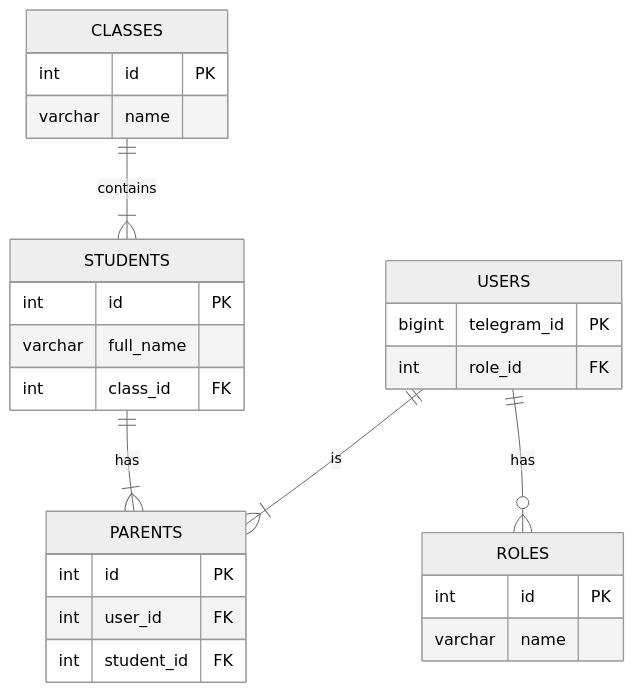
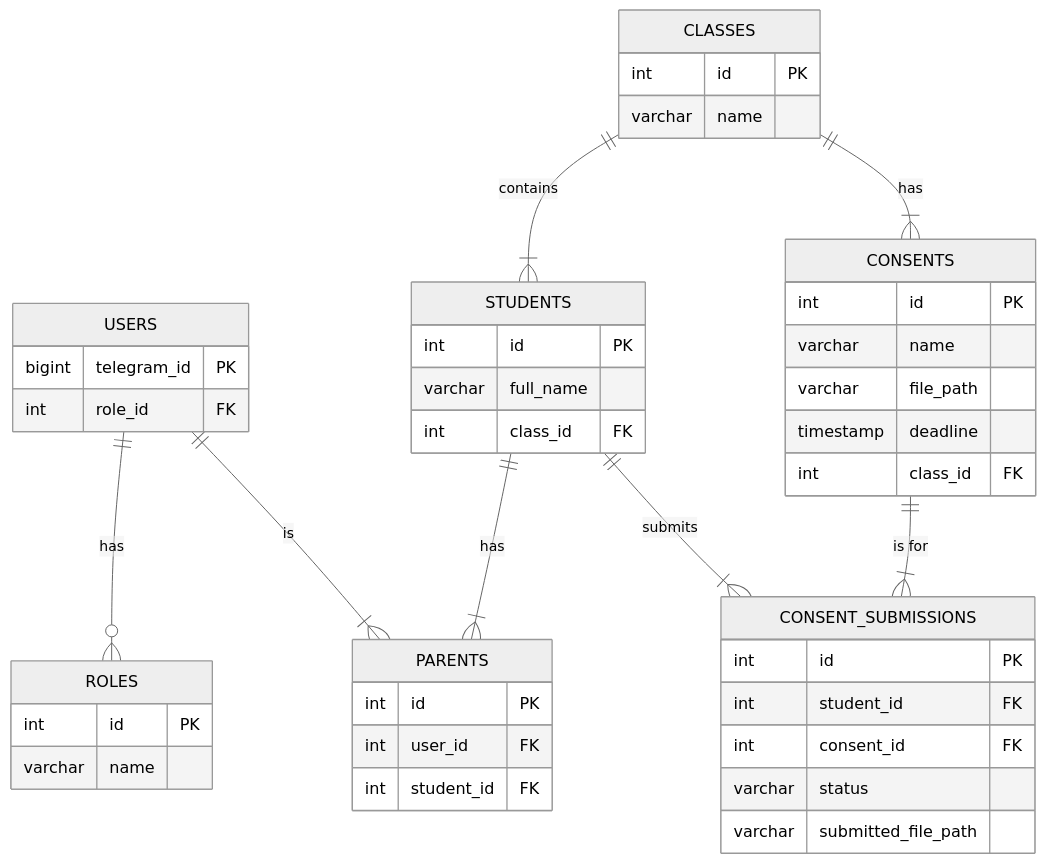
Before and after one commit to Bosin1337/ConsentPro: the diagram in docs/DB_SCHEMA.md, drawn with Mermaid (neutral theme). The commit also changed other lines of this file and 1 other file, not shown here.

Commit message:
Add consent tables to DB schema and init.sql for Stage 2.1

````diff
--- a/docs/DB_SCHEMA.md
+++ b/docs/DB_SCHEMA.md
@@ -5,29 +5,46 @@
 ```mermaid
 erDiagram
     USERS ||--o{ ROLES : "has"
     USERS {
         bigint telegram_id PK
         int role_id FK
     }
     ROLES {
         int id PK
         varchar name
     }
     CLASSES ||--|{ STUDENTS : "contains"
     CLASSES {
         int id PK
         varchar name
     }
     STUDENTS ||--|{ PARENTS : "has"
     STUDENTS {
         int id PK
         varchar full_name
         int class_id FK
     }
     PARENTS {
         int id PK
         int user_id FK
         int student_id FK
     }
     USERS ||--|{ PARENTS : "is"
+    CLASSES ||--|{ CONSENTS : "has"
+    CONSENTS {
+        int id PK
+        varchar name
+        varchar file_path
+        timestamp deadline
+        int class_id FK
+    }
+    STUDENTS ||--|{ CONSENT_SUBMISSIONS : "submits"
+    CONSENTS ||--|{ CONSENT_SUBMISSIONS : "is for"
+    CONSENT_SUBMISSIONS {
+        int id PK
+        int student_id FK
+        int consent_id FK
+        varchar status
+        varchar submitted_file_path
+    }
 ```
````
